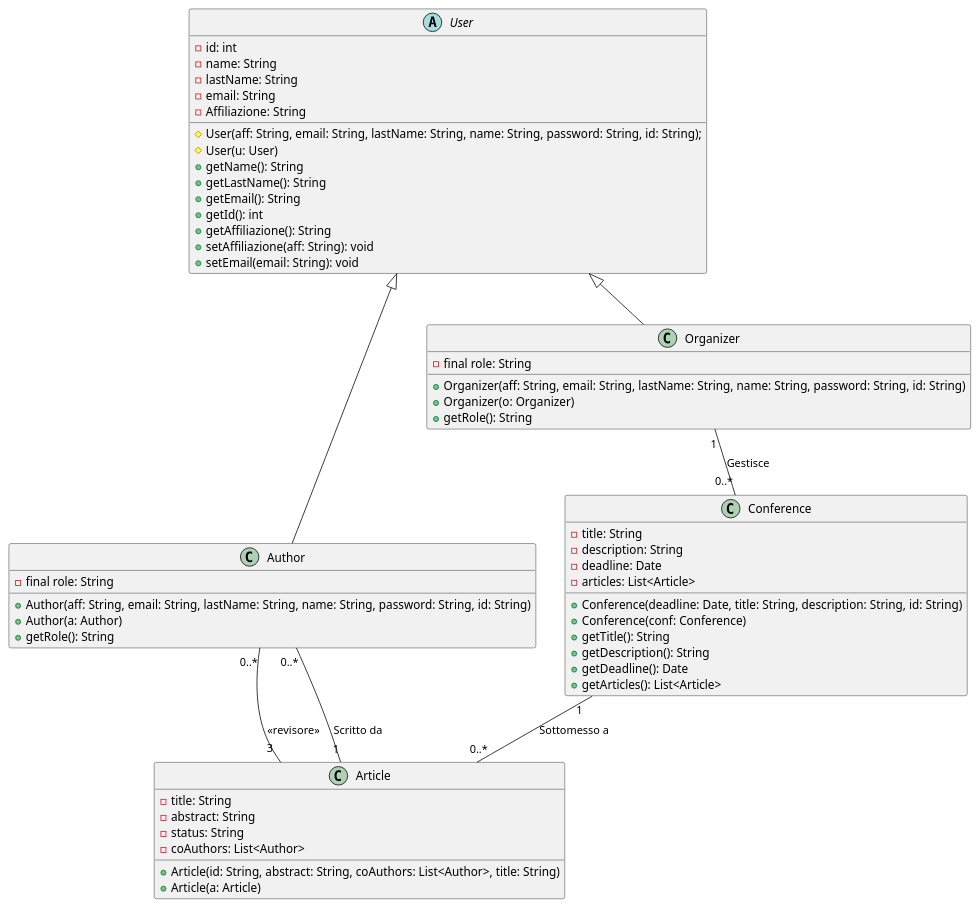
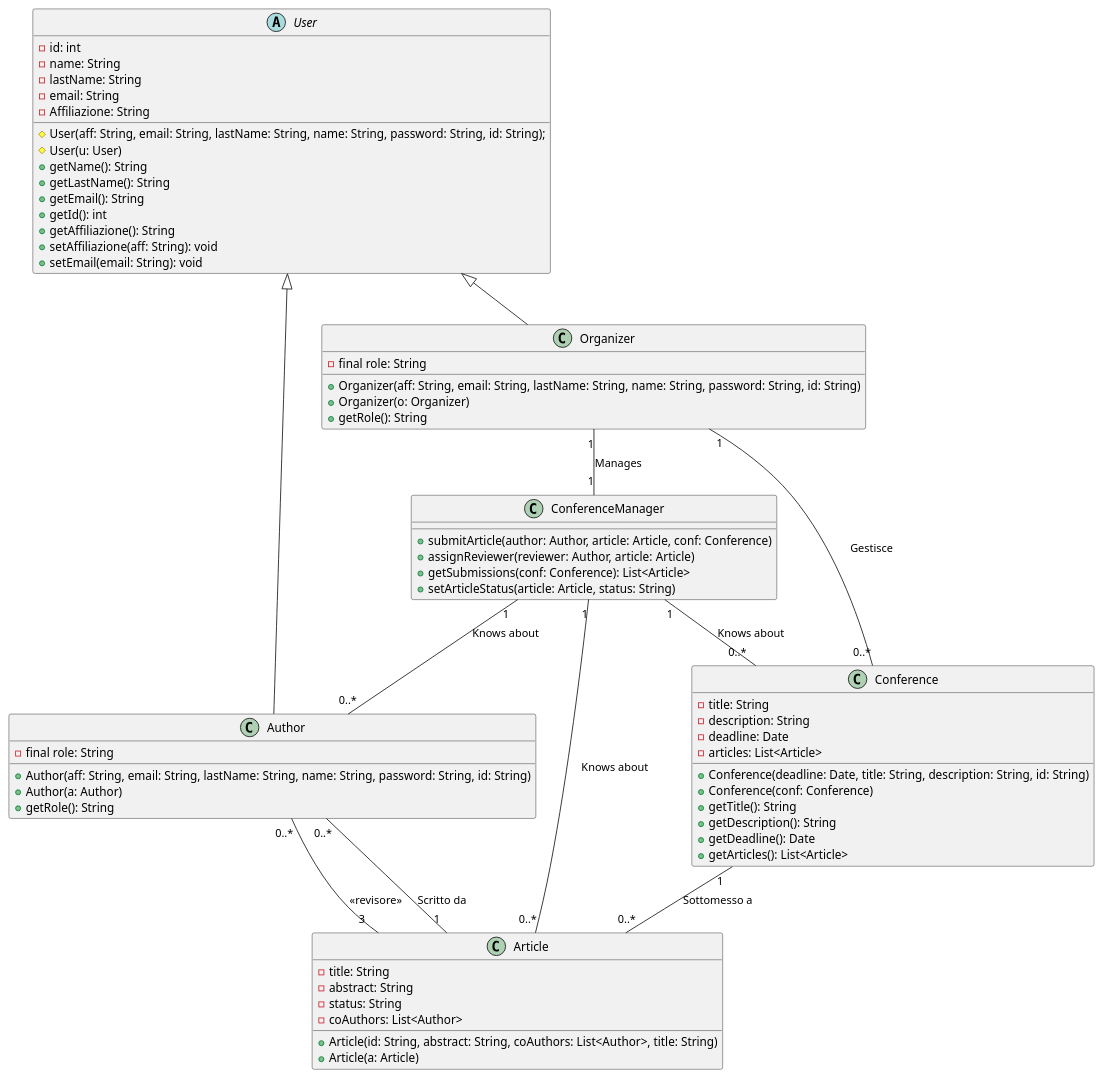
The diagram in VisualParadigm/diagramma_classi.puml (Air4x/Progetto_ISW), drawn with PlantUML before and after one commit.

Commit message:
doc: Aggiunto information expert nel diagramma delle classi di dominio

```diff
--- a/VisualParadigm/diagramma_classi.puml
+++ b/VisualParadigm/diagramma_classi.puml
@@ -1,67 +1,80 @@
 @startuml 
+
+class ConferenceManager {
+  + submitArticle(author: Author, article: Article, conf: Conference)
+  + assignReviewer(reviewer: Author, article: Article)
+  + getSubmissions(conf: Conference): List<Article>
+  + setArticleStatus(article: Article, status: String)
+}
 
   abstract class User {
     - id: int
     - name: String
     - lastName: String
     - email: String
     - Affiliazione: String
     # User(aff: String, email: String, lastName: String, name: String, password: String, id: String);
     # User(u: User)
     + getName(): String
     + getLastName(): String
     + getEmail(): String
     + getId(): int
     + getAffiliazione(): String
     + setAffiliazione(aff: String): void
     + setEmail(email: String): void
   }
   
   class Author {
     - final role: String
     + Author(aff: String, email: String, lastName: String, name: String, password: String, id: String)
     + Author(a: Author)		
     + getRole(): String
   }
 
   class Organizer {
     - final role: String
     + Organizer(aff: String, email: String, lastName: String, name: String, password: String, id: String)
     + Organizer(o: Organizer)
     + getRole(): String
   }
 
   class Article {
     - title: String
     - abstract: String
     - status: String
     - coAuthors: List<Author>
     + Article(id: String, abstract: String, coAuthors: List<Author>, title: String)
     + Article(a: Article)
   }
   
   class Conference {
     - title: String
     - description: String
     - deadline: Date
     - articles: List<Article>
     + Conference(deadline: Date, title: String, description: String, id: String)
     + Conference(conf: Conference)
     + getTitle(): String
     + getDescription(): String
     + getDeadline(): Date
     + getArticles(): List<Article>
   }
 
   User <|-- Author
   User <|-- Organizer
 
+
+Organizer "1" -- "1" ConferenceManager : Manages
+ConferenceManager "1" -- "0..*" Conference : Knows about
+ConferenceManager "1" -- "0..*" Article : Knows about
+ConferenceManager "1" -- "0..*" Author : Knows about
+
 ' Relazioni
 Organizer "1" -- "0..*" Conference : Gestisce
 Conference "1" -- "0..*" Article : Sottomesso a
 Article "1" -- "0..*" Author : Scritto da
 
 ' Revisori: relazione molti-a-molti tra Autore e Articolo
 Author "0..*" -- "3" Article : <<revisore>>
 
 @enduml
```
